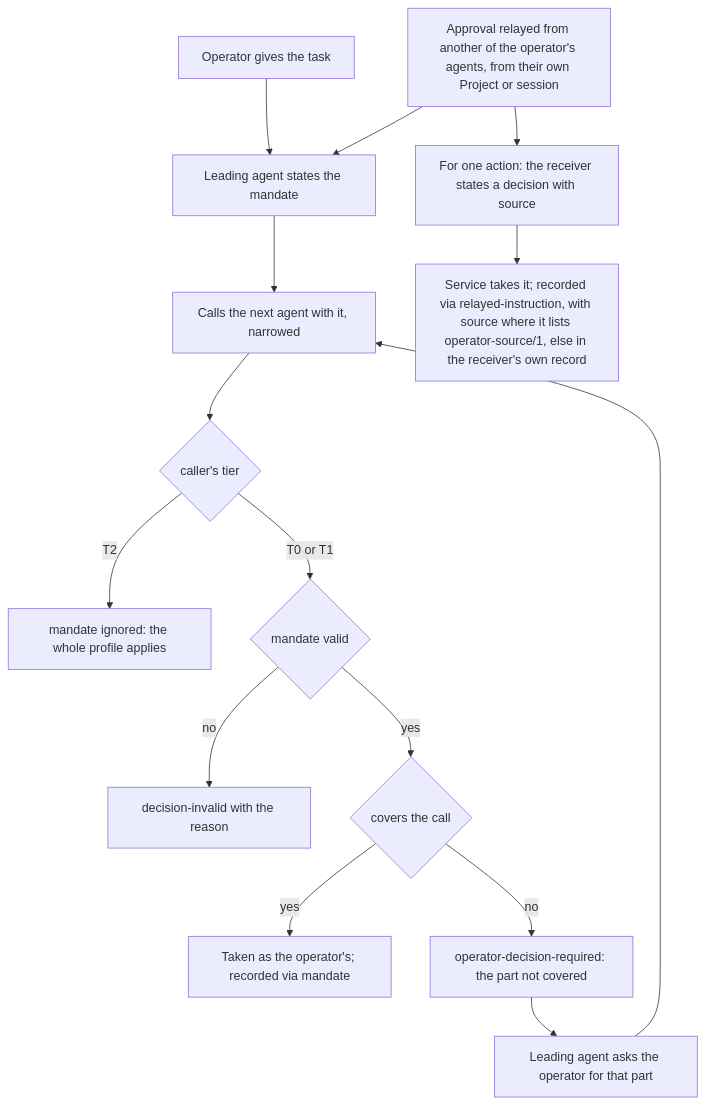
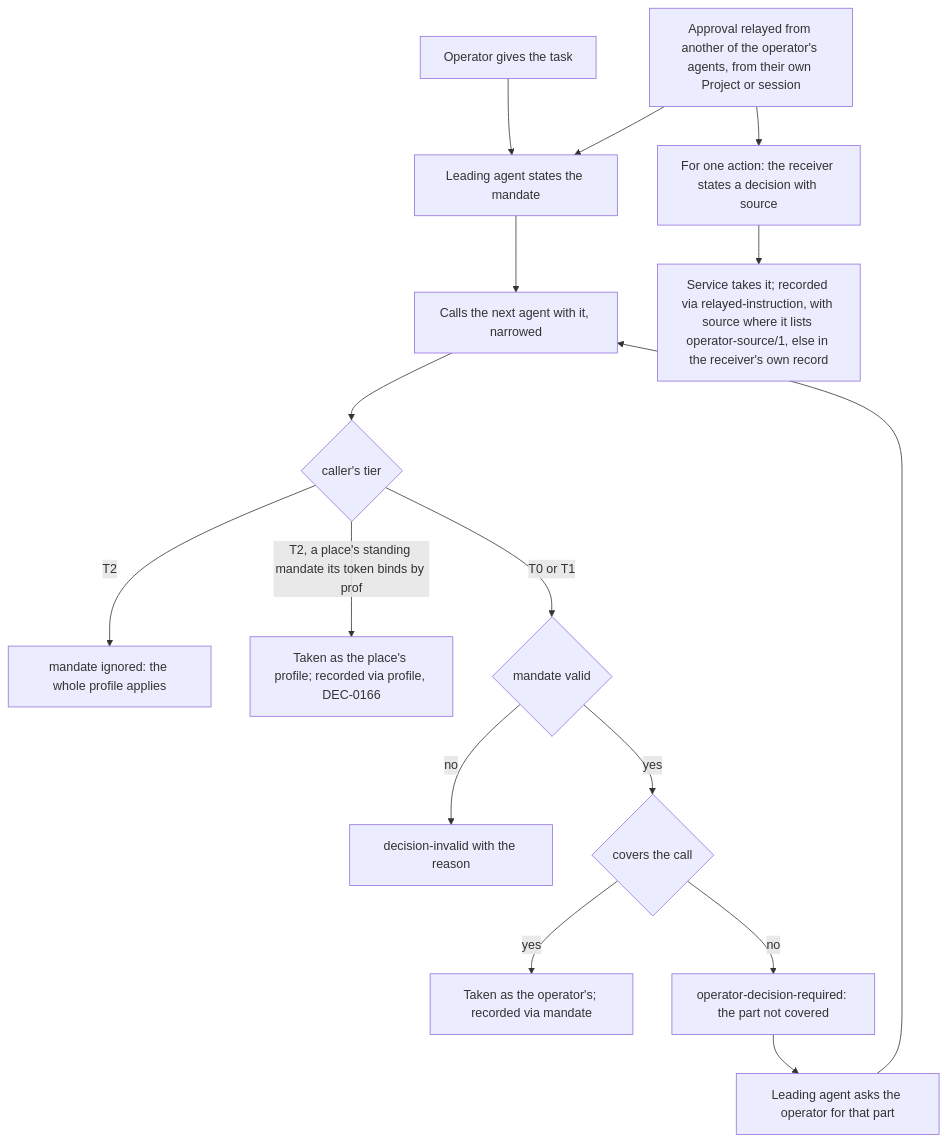
Diagram 31 of 34 in docs/ux/flows.md (passioncode-ai/fabric-agent-contract), drawn with Mermaid before and after one commit. The commit also changed other lines of this file and 22 other files, not shown here.

Commit message:
DEC-0166 round 1 folded: RFC 8785 profile digest; prof needed from T2 for every standing mandate; stated by the operator, never by level; the hub forwards it; AP-2 and AP-3, question 4 and 5, ST-043 and SCN-061

````diff
--- a/docs/ux/flows.md
+++ b/docs/ux/flows.md
@@ -818,17 +818,18 @@
 ```mermaid
 flowchart TD
   O[Operator gives the task] --> L[Leading agent states the mandate]
   R[Approval relayed from another of the operator's agents, from their own Project or session] --> L
   R --> D[For one action: the receiver states a decision with source]
   D --> S[Service takes it; recorded via relayed-instruction, with source where it lists operator-source/1, else in the receiver's own record]
   L --> C[Calls the next agent with it, narrowed]
   C --> T{caller's tier}
   T -->|T2| X[mandate ignored: the whole profile applies]
+  T -->|T2, a place's standing mandate its token binds by prof| PF[Taken as the place's profile; recorded via profile, DEC-0166]
   T -->|T0 or T1| V{mandate valid}
   V -->|no| I[decision-invalid with the reason]
   V -->|yes| K{covers the call}
   K -->|yes| A[Taken as the operator's; recorded via mandate]
   K -->|no| Q[operator-decision-required: the part not covered]
   Q --> P[Leading agent asks the operator for that part]
   P --> C
 ```
````
